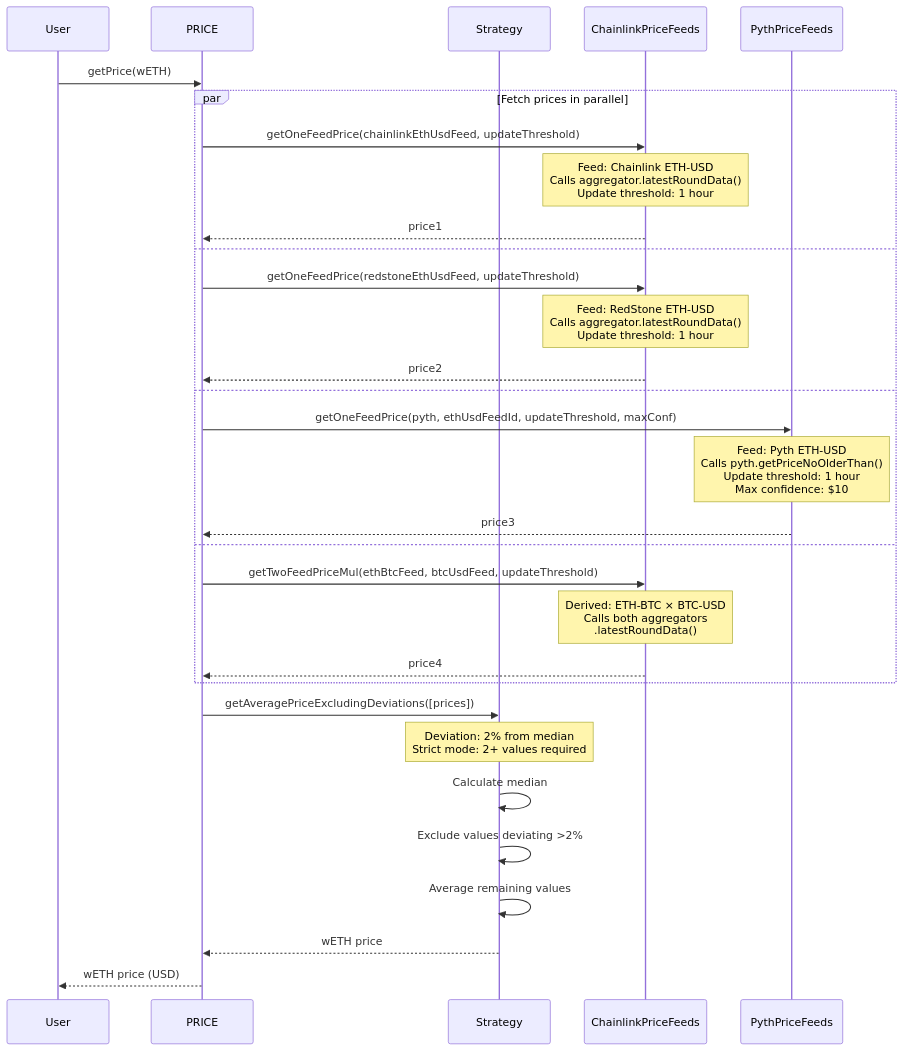
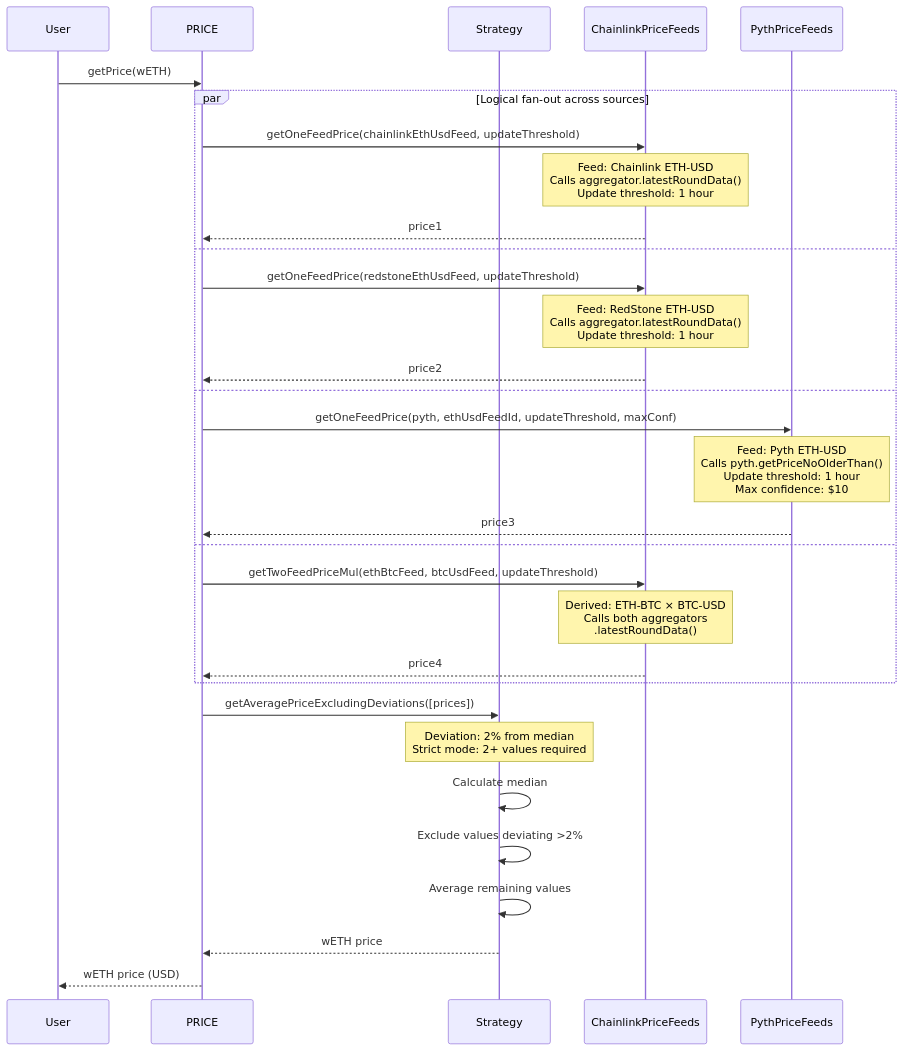
Before and after one commit to OlympusDAO/olympus-v3: the second of 7 diagrams in audit/2026-03_price-feed-improvements/README.md, drawn with Mermaid. The commit also changed other lines of this file and 3 other files, not shown here.

````diff
--- a/audit/2026-03_price-feed-improvements/README.md
+++ b/audit/2026-03_price-feed-improvements/README.md
@@ -175,36 +175,36 @@
 ```mermaid
 sequenceDiagram
   participant User
   participant PRICE
   participant Strategy
   participant CL as ChainlinkPriceFeeds
   participant Pyth as PythPriceFeeds
 
   User->>PRICE: getPrice(wETH)
 
-  par Fetch prices in parallel
+  par Logical fan-out across sources
     PRICE->>CL: getOneFeedPrice(chainlinkEthUsdFeed, updateThreshold)
     Note over CL: Feed: Chainlink ETH-USD<br/>Calls aggregator.latestRoundData()<br/>Update threshold: 1 hour
     CL-->>PRICE: price1
   and
     PRICE->>CL: getOneFeedPrice(redstoneEthUsdFeed, updateThreshold)
     Note over CL: Feed: RedStone ETH-USD<br/>Calls aggregator.latestRoundData()<br/>Update threshold: 1 hour
     CL-->>PRICE: price2
   and
     PRICE->>Pyth: getOneFeedPrice(pyth, ethUsdFeedId, updateThreshold, maxConf)
     Note over Pyth: Feed: Pyth ETH-USD<br/>Calls pyth.getPriceNoOlderThan()<br/>Update threshold: 1 hour<br/>Max confidence: $10
     Pyth-->>PRICE: price3
   and
     PRICE->>CL: getTwoFeedPriceMul(ethBtcFeed, btcUsdFeed, updateThreshold)
     Note over CL: Derived: ETH-BTC × BTC-USD<br/>Calls both aggregators<br/>.latestRoundData()
     CL-->>PRICE: price4
   end
 
   PRICE->>Strategy: getAveragePriceExcludingDeviations([prices])
   Note over Strategy: Deviation: 2% from median<br/>Strict mode: 2+ values required
   Strategy->>Strategy: Calculate median
   Strategy->>Strategy: Exclude values deviating >2%
   Strategy->>Strategy: Average remaining values
   Strategy-->>PRICE: wETH price
   PRICE-->>User: wETH price (USD)
 ```
````
